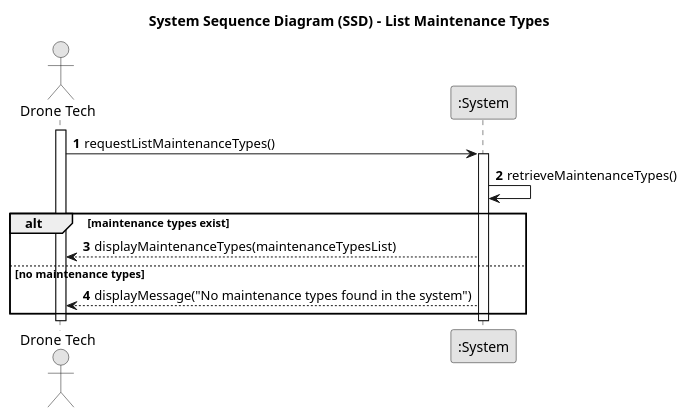
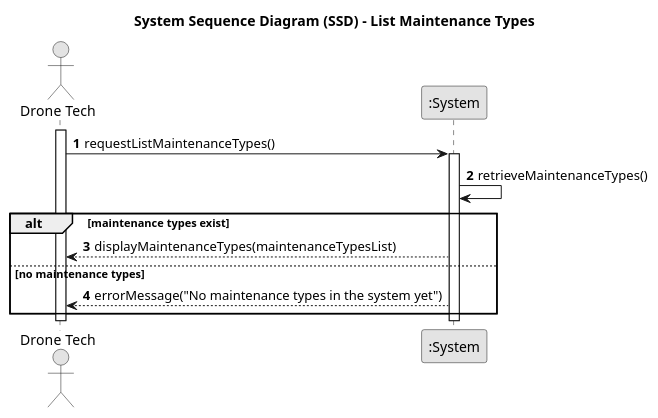
Before and after one commit to SAEmanuel/Shodrone_ISEP: the diagram in docs/planning/sprint3/EAPLI/US322 - List maintenance types/01.requirements-engineering/puml/us322-system-sequence-diagram.puml, drawn with PlantUML. The commit also changed 1 other file, not shown here.

```diff
--- a/docs/planning/sprint3/EAPLI/US322 - List maintenance types/01.requirements-engineering/puml/us322-system-sequence-diagram.puml
+++ b/docs/planning/sprint3/EAPLI/US322 - List maintenance types/01.requirements-engineering/puml/us322-system-sequence-diagram.puml
@@ -1,27 +1,27 @@
 @startuml
 skinparam monochrome true
 skinparam packageStyle rectangle
 skinparam shadowing false
 
 title System Sequence Diagram (SSD) - List Maintenance Types
 
 autonumber
 
 actor "Drone Tech" as DT
 participant ":System" as System
 
 activate DT
 
 DT -> System: requestListMaintenanceTypes()
 activate System
 System -> System: retrieveMaintenanceTypes()
 alt maintenance types exist
     System --> DT: displayMaintenanceTypes(maintenanceTypesList)
 else no maintenance types
-    System --> DT: displayMessage("No maintenance types found in the system")
+    System --> DT: errorMessage("No maintenance types in the system yet")
 end
 deactivate System
 
 deactivate DT
 
 @enduml
```
